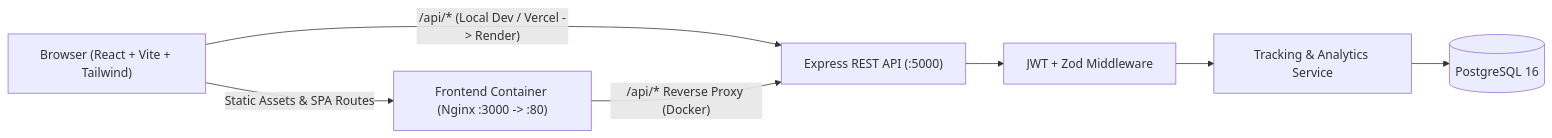
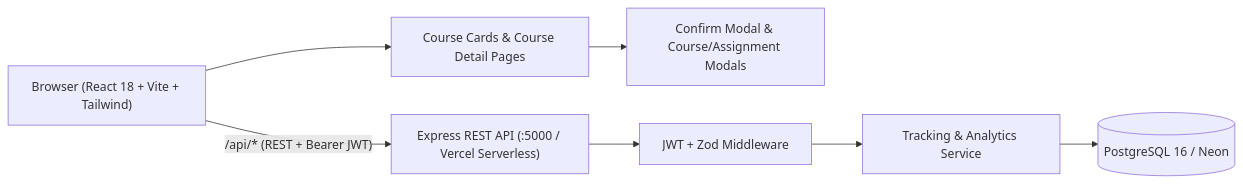
Before and after one commit to Adnan-Husayn/joineazy-task1: the first of 2 diagrams in README.md, drawn with Mermaid. The commit also changed other lines of this file, not shown here.

Commit message:
docs: update README with Round 2 UI/UX rationale, diagrams, and API reference

````diff
--- a/README.md
+++ b/README.md
@@ -26,16 +36,17 @@
 ```mermaid
 flowchart LR
-  Browser["Browser (React + Vite + Tailwind)"]
-  Nginx["Frontend Container (Nginx :3000 -> :80)"]
-  API["Express REST API (:5000)"]
+  Browser["Browser (React 18 + Vite + Tailwind)"]
+  CoursesUI["Course Cards & Course Detail Pages"]
+  ModalUI["Confirm Modal & Course/Assignment Modals"]
+  API["Express REST API (:5000 / Vercel Serverless)"]
   Auth["JWT + Zod Middleware"]
   Service["Tracking & Analytics Service"]
-  PG[("PostgreSQL 16")]
+  PG[("PostgreSQL 16 / Neon")]
 
-  Browser -->|"Static Assets & SPA Routes"| Nginx
-  Browser -->|"/api/* (Local Dev / Vercel -> Render)"| API
-  Nginx -->|"/api/* Reverse Proxy (Docker)"| API
+  Browser --> CoursesUI
+  CoursesUI --> ModalUI
+  Browser -->|"/api/* (REST + Bearer JWT)"| API
   API --> Auth
   Auth --> Service
   Service --> PG
 ```
````
